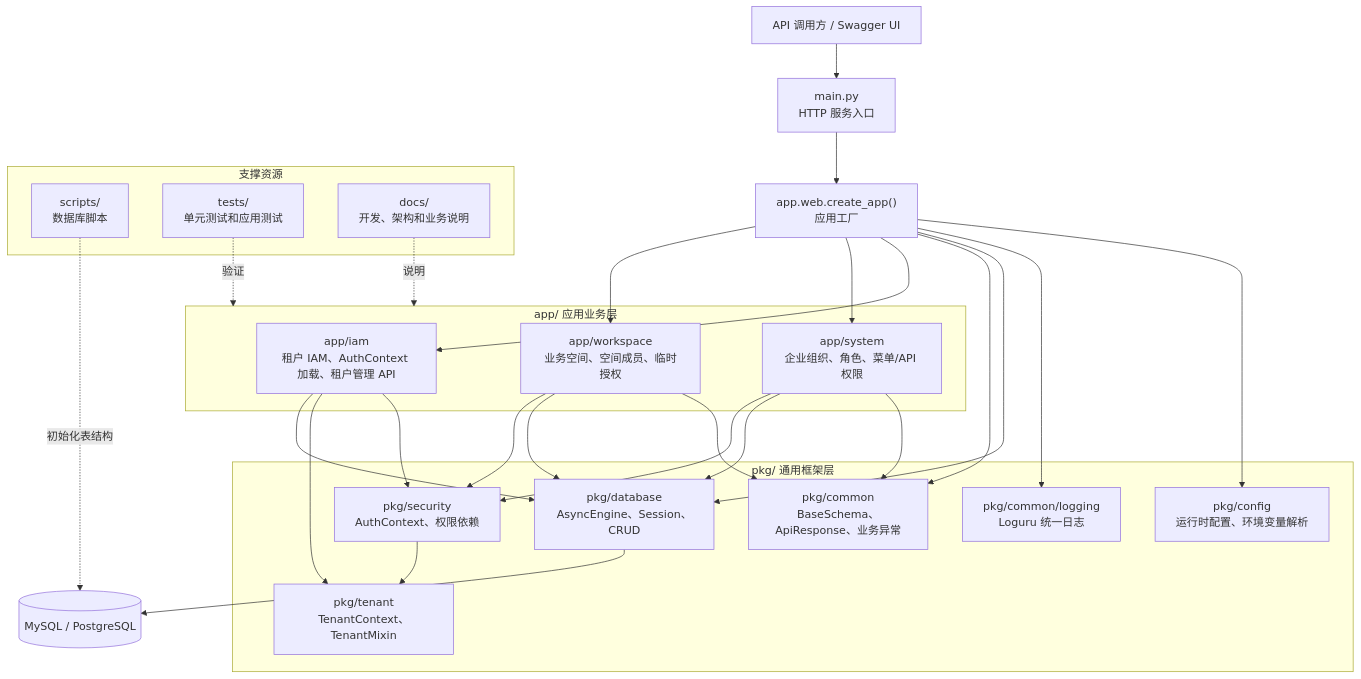
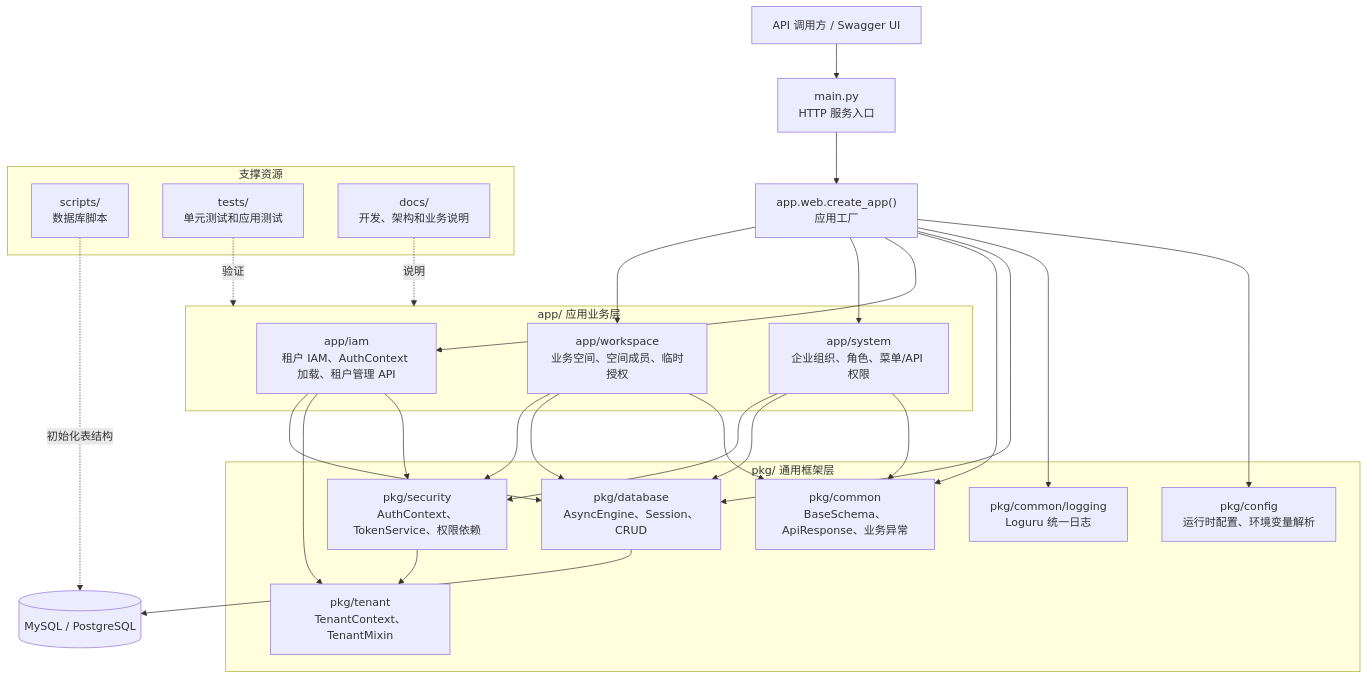
Before and after one commit to PZh101/PythonBase: the first of 9 diagrams in docs/ARCHITECTURE.md, drawn with Mermaid. The commit also changed other lines of this file and 5 other files, not shown here.

````diff
--- a/docs/ARCHITECTURE.md
+++ b/docs/ARCHITECTURE.md
@@ -18,52 +18,52 @@
 ```mermaid
 flowchart TB
     Client["API 调用方 / Swagger UI"]
     Main["main.py<br/>HTTP 服务入口"]
     Web["app.web.create_app()<br/>应用工厂"]
 
     subgraph App["app/ 应用业务层"]
         IAM["app/iam<br/>租户 IAM、AuthContext 加载、租户管理 API"]
         System["app/system<br/>企业组织、角色、菜单/API 权限"]
         Workspace["app/workspace<br/>业务空间、空间成员、临时授权"]
     end
 
     subgraph Pkg["pkg/ 通用框架层"]
         Common["pkg/common<br/>BaseSchema、ApiResponse、业务异常"]
         Logging["pkg/common/logging<br/>Loguru 统一日志"]
         Config["pkg/config<br/>运行时配置、环境变量解析"]
         Database["pkg/database<br/>AsyncEngine、Session、CRUD"]
-        Security["pkg/security<br/>AuthContext、权限依赖"]
+        Security["pkg/security<br/>AuthContext、TokenService、权限依赖"]
         Tenant["pkg/tenant<br/>TenantContext、TenantMixin"]
     end
 
     subgraph Support["支撑资源"]
         Scripts["scripts/<br/>数据库脚本"]
         Tests["tests/<br/>单元测试和应用测试"]
         Docs["docs/<br/>开发、架构和业务说明"]
     end
 
     DB[("MySQL / PostgreSQL")]
 
     Client --> Main --> Web
     Web --> Config
     Web --> Logging
     Web --> Database
     Web --> Common
     Web --> IAM
     Web --> System
     Web --> Workspace
     IAM --> Security
     IAM --> Tenant
     IAM --> Database
     System --> Common
     System --> Database
     System --> Security
     Workspace --> Common
     Workspace --> Database
     Workspace --> Security
     Security --> Tenant
     Database --> DB
     Scripts -. 初始化表结构 .-> DB
     Tests -. 验证 .-> App
     Docs -. 说明 .-> App
 ```
````
